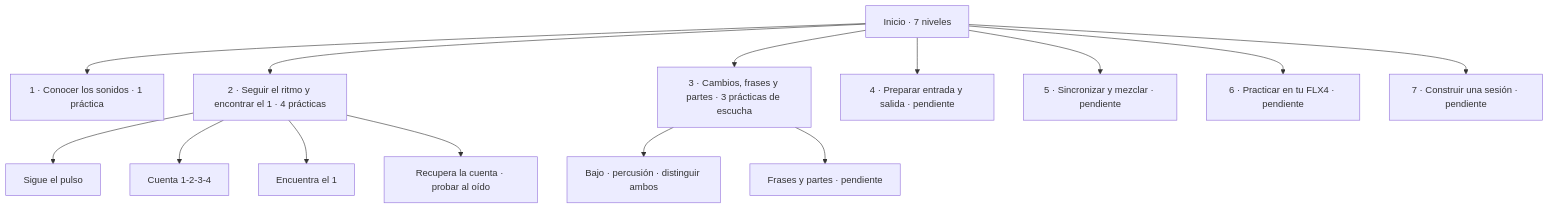
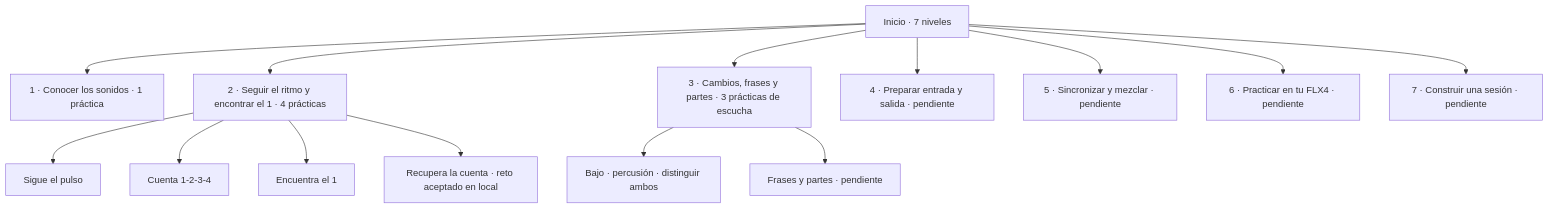
The diagram in docs/MAPA.md (gutierrezbj/blueclue), drawn with Mermaid before and after one commit. The commit also changed other lines of this file and 2 other files, not shown here.

Commit message:
Record local approval of count recovery challenge

````diff
--- a/docs/MAPA.md
+++ b/docs/MAPA.md
@@ -8,16 +8,16 @@
 ```mermaid
 flowchart TD
     ROOT["Inicio · 7 niveles"] --> S["1 · Conocer los sonidos · 1 práctica"]
     ROOT --> R["2 · Seguir el ritmo y encontrar el 1 · 4 prácticas"]
     R --> P["Sigue el pulso"]
     R --> C["Cuenta 1-2-3-4"]
     R --> O["Encuentra el 1"]
-    R --> Q["Recupera la cuenta · probar al oído"]
+    R --> Q["Recupera la cuenta · reto aceptado en local"]
     ROOT --> L["3 · Cambios, frases y partes · 3 prácticas de escucha"]
     L --> B["Bajo · percusión · distinguir ambos"]
     L --> F["Frases y partes · pendiente"]
     ROOT --> E["4 · Preparar entrada y salida · pendiente"]
     ROOT --> M["5 · Sincronizar y mezclar · pendiente"]
     ROOT --> H["6 · Practicar en tu FLX4 · pendiente"]
     ROOT --> X["7 · Construir una sesión · pendiente"]
 ```
````
